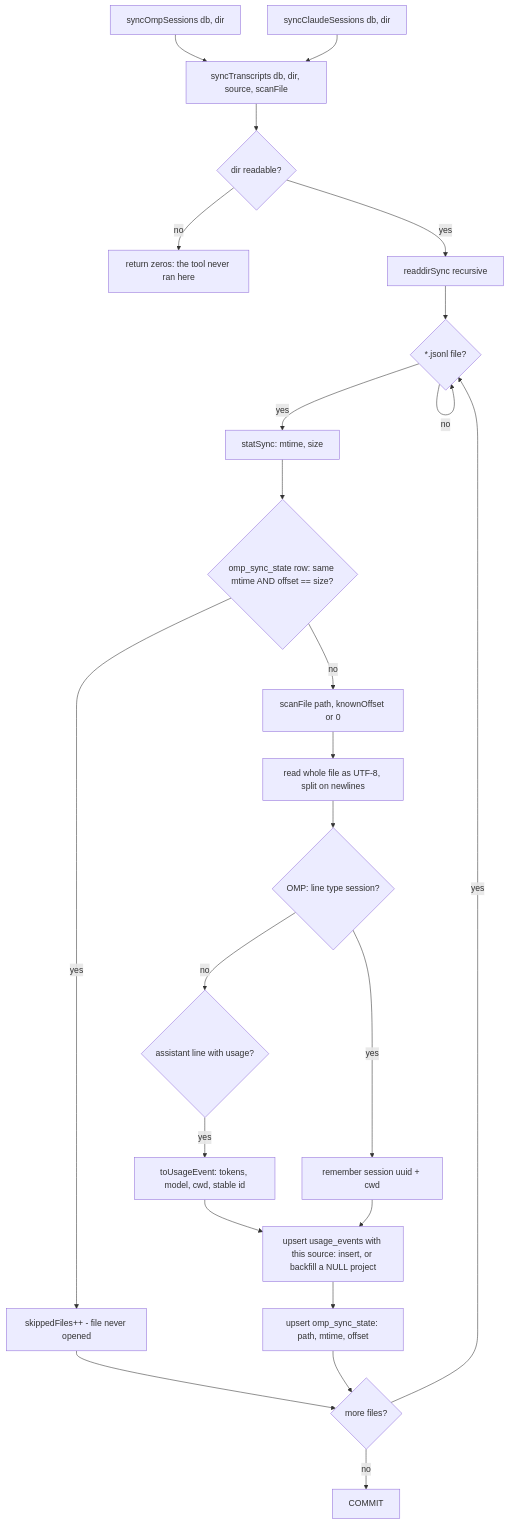
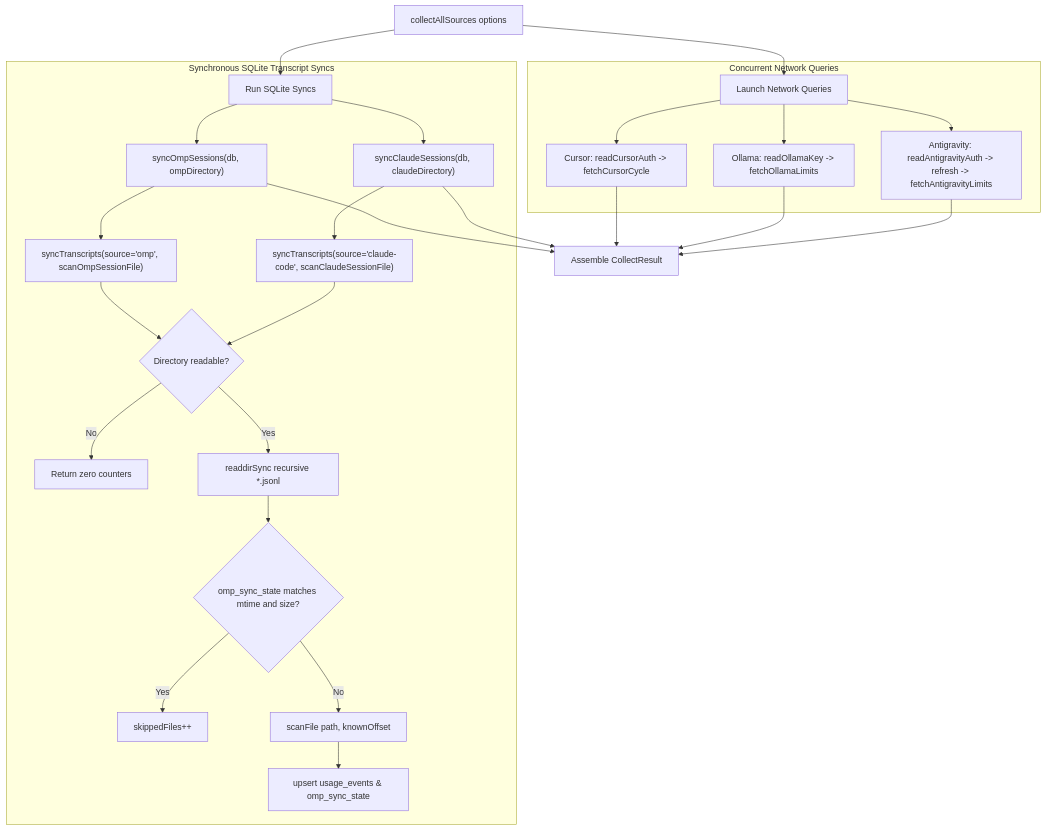
One commit to prajwal-hebbar-07/prompt-burn changed the diagram in docs/architecture/06-omp-collector.md. Above: the diagram before and after it, drawn with Mermaid. The commit also changed other lines of this file and 22 other files, not shown here.

````diff
--- a/docs/architecture/06-omp-collector.md
+++ b/docs/architecture/06-omp-collector.md
@@ -84,25 +185,27 @@
 ```mermaid
 flowchart TD
-    A1[syncOmpSessions db, dir] --> S[syncTranscripts db, dir, source, scanFile]
-    A2[syncClaudeSessions db, dir] --> S
-    S --> B{dir readable?}
-    B -- no --> Z[return zeros: the tool never ran here]
-    B -- yes --> C[readdirSync recursive]
-    C --> D{*.jsonl file?}
-    D -- no --> D
-    D -- yes --> E[statSync: mtime, size]
-    E --> F{omp_sync_state row: same mtime AND offset == size?}
-    F -- yes --> G[skippedFiles++ - file never opened]
-    F -- no --> H[scanFile path, knownOffset or 0]
-    H --> I[read whole file as UTF-8, split on newlines]
-    I --> J{OMP: line type session?}
-    J -- yes --> K[remember session uuid + cwd]
-    J -- no --> L{assistant line with usage?}
-    L -- yes --> M[toUsageEvent: tokens, model, cwd, stable id]
-    M --> N[upsert usage_events with this source: insert, or backfill a NULL project]
-    K --> N
-    N --> O[upsert omp_sync_state: path, mtime, offset]
-    G & O --> P{more files?}
-    P -- yes --> D
-    P -- no --> Q[COMMIT]
+    CAS[collectAllSources options] --> NP[Launch Network Queries]
+    CAS --> SP[Run SQLite Syncs]
+
+    subgraph Network ["Concurrent Network Queries"]
+      NP --> C1[Cursor: readCursorAuth -> fetchCursorCycle]
+      NP --> C2[Ollama: readOllamaKey -> fetchOllamaLimits]
+      NP --> C3[Antigravity: readAntigravityAuth -> refresh -> fetchAntigravityLimits]
+    end
+
+    subgraph Sync ["Synchronous SQLite Transcript Syncs"]
+      SP --> S1["syncOmpSessions(db, ompDirectory)"]
+      SP --> S2["syncClaudeSessions(db, claudeDirectory)"]
+      S1 --> ST["syncTranscripts(source='omp', scanOmpSessionFile)"]
+      S2 --> ST2["syncTranscripts(source='claude-code', scanClaudeSessionFile)"]
+      ST & ST2 --> DIR{Directory readable?}
+      DIR -- No --> Z[Return zero counters]
+      DIR -- Yes --> WALK[readdirSync recursive *.jsonl]
+      WALK --> CHK{omp_sync_state matches mtime and size?}
+      CHK -- Yes --> SKP[skippedFiles++]
+      CHK -- No --> SCN[scanFile path, knownOffset]
+      SCN --> UPS[upsert usage_events & omp_sync_state]
+    end
+
+    C1 & C2 & C3 & S1 & S2 --> RES[Assemble CollectResult]
 ```
````
